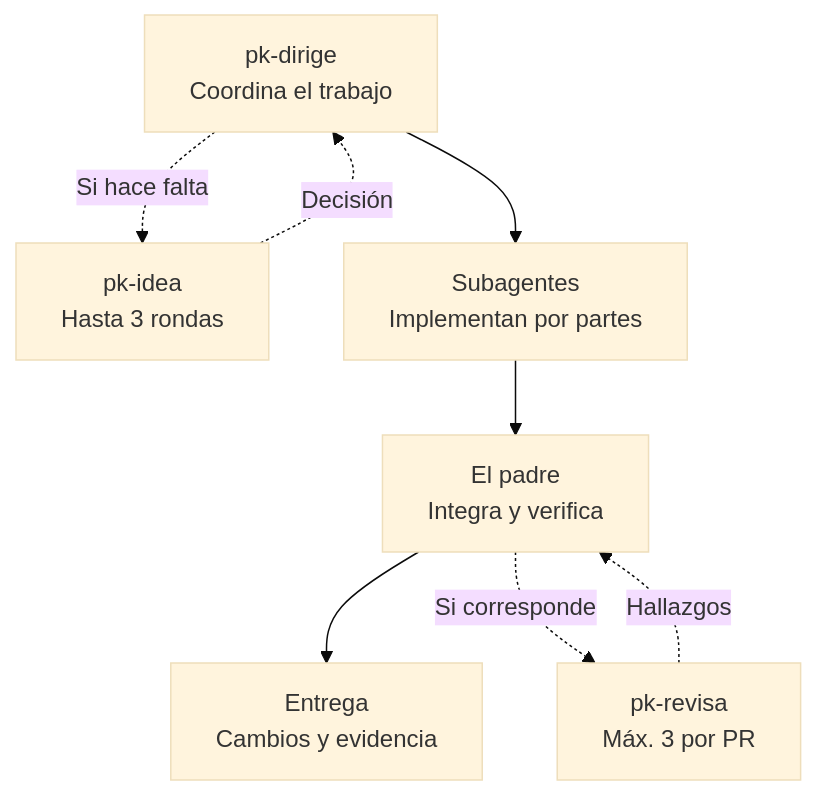
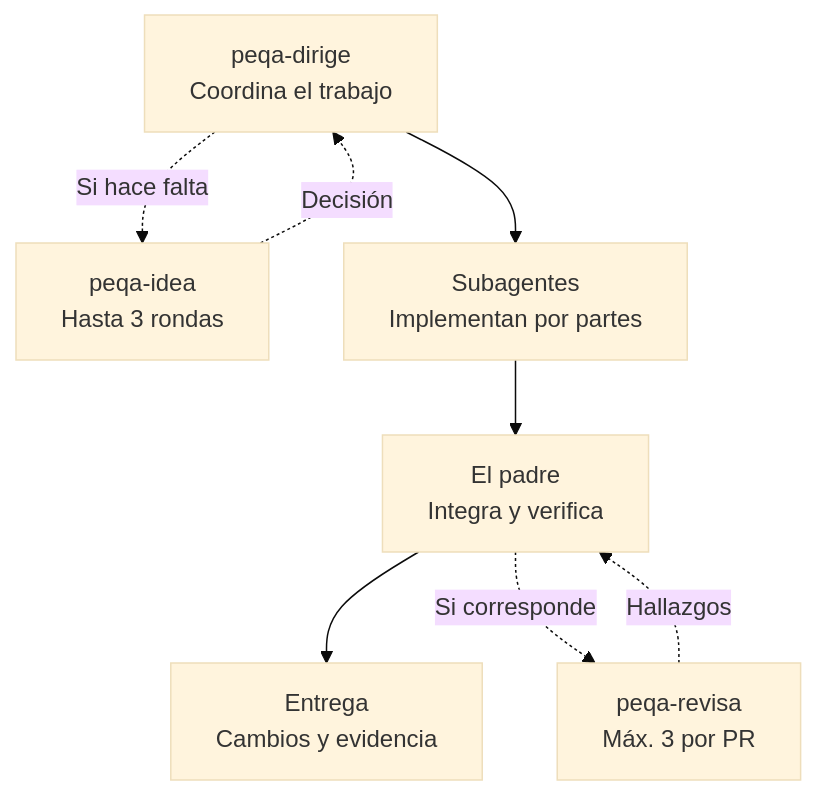
One commit to peqa-ai/peqa-workflows changed the first of 2 diagrams in README.md. Above: the diagram before and after it, drawn with Mermaid (base theme). The commit also changed other lines of this file and 26 other files, not shown here.

````diff
--- a/README.md
+++ b/README.md
@@ -11,18 +11,18 @@
 ```mermaid
 flowchart TD
     accTitle: Coordinación de una implementación con PEQA
-    accDescr: El padre coordina subagentes, integra y verifica su trabajo. Puede consultar pk-idea para decisiones y pk-revisa para una revisión independiente. Ambos devuelven sus resultados al padre, que conserva la responsabilidad de entregar.
+    accDescr: El padre coordina subagentes, integra y verifica su trabajo. Puede consultar peqa-idea para decisiones y peqa-revisa para una revisión independiente. Ambos devuelven sus resultados al padre, que conserva la responsabilidad de entregar.
 
-    dirige["pk-dirige<br/>Coordina el trabajo"]
-    idea["pk-idea<br/>Hasta 3 rondas"]
+    dirige["peqa-dirige<br/>Coordina el trabajo"]
+    idea["peqa-idea<br/>Hasta 3 rondas"]
     agentes["Subagentes<br/>Implementan por partes"]
     padre["El padre<br/>Integra y verifica"]
-    revisa["pk-revisa<br/>Máx. 3 por PR"]
+    revisa["peqa-revisa<br/>Máx. 3 por PR"]
     entrega["Entrega<br/>Cambios y evidencia"]
 
     dirige -. "Si hace falta" .-> idea
     idea -. "Decisión" .-> dirige
     dirige --> agentes --> padre --> entrega
     padre -. "Si corresponde" .-> revisa
     revisa -. "Hallazgos" .-> padre
 ```
````
